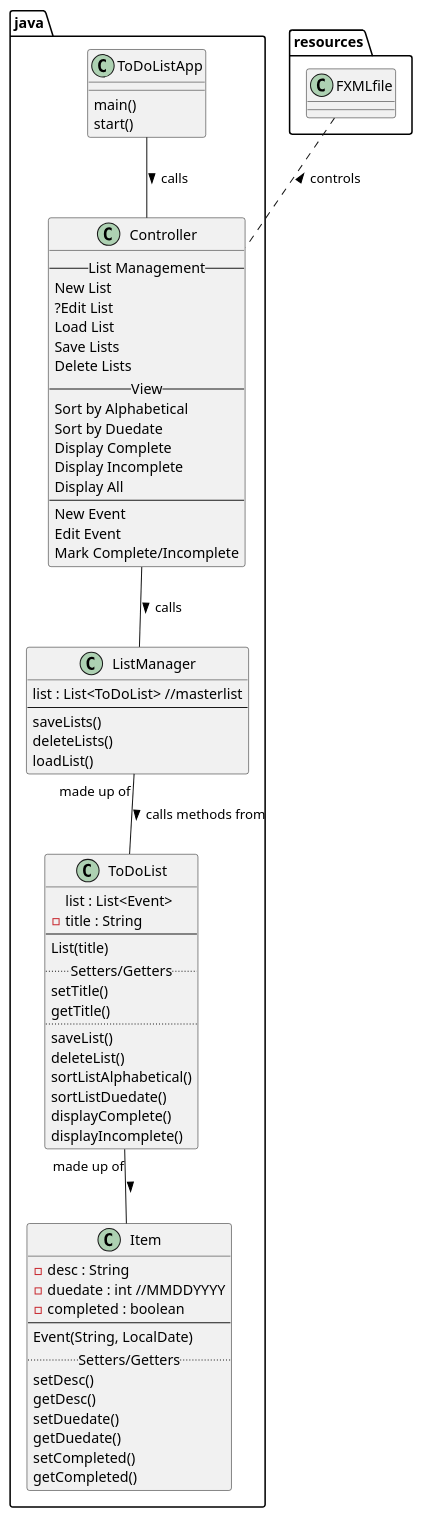
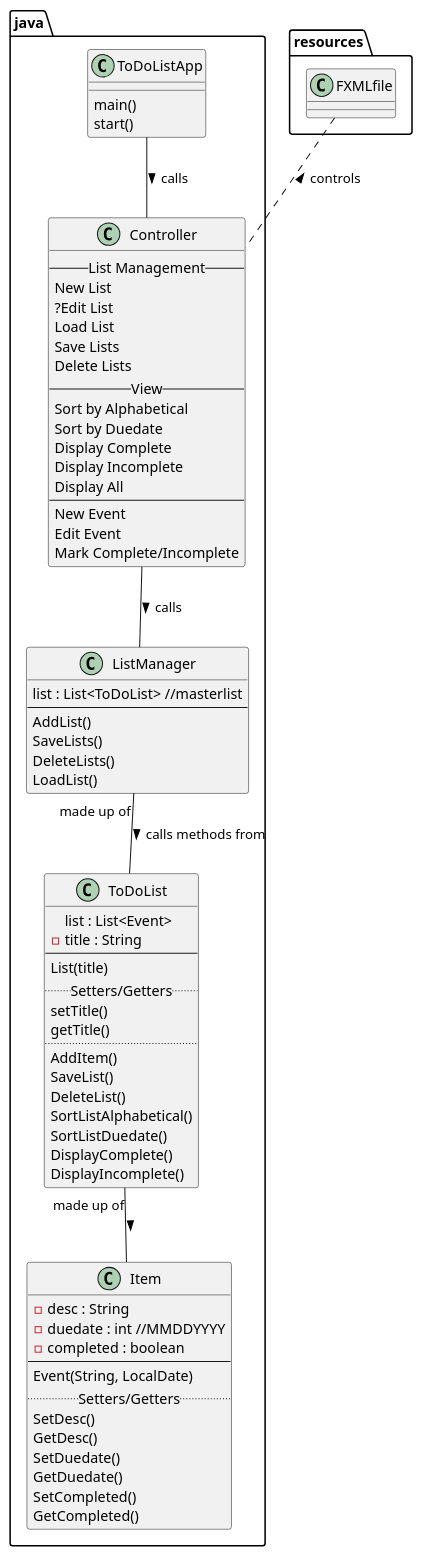
The diagram in uml/ListManager.puml (kiwibrie/juntunen-cop3330-assignment4part2), drawn with PlantUML before and after one commit. The commit also changed 4 other files, not shown here.

```diff
--- a/uml/ListManager.puml
+++ b/uml/ListManager.puml
@@ -1,76 +1,78 @@
 @startuml
 'https://plantuml.com/class-diagram
 
 class java.ListManager{
 list : List<ToDoList> //masterlist
 --
-saveLists()
-deleteLists()
-loadList()
+AddList()
+SaveLists()
+DeleteLists()
+LoadList()
 }
 
 class java.ToDoList {
 list : List<Event>
 -title : String
 --
 List(title)
 ..Setters/Getters..
 setTitle()
 getTitle()
 ..
-saveList()
-deleteList()
-sortListAlphabetical()
-sortListDuedate()
-displayComplete()
-displayIncomplete()
+AddItem()
+SaveList()
+DeleteList()
+SortListAlphabetical()
+SortListDuedate()
+DisplayComplete()
+DisplayIncomplete()
 }
 
 class java.Item {
 -desc : String
 -duedate : int //MMDDYYYY
 -completed : boolean
 --
 Event(String, LocalDate)
 ..Setters/Getters..
-setDesc()
-getDesc()
-setDuedate()
-getDuedate()
-setCompleted()
-getCompleted()
+SetDesc()
+GetDesc()
+SetDuedate()
+GetDuedate()
+SetCompleted()
+GetCompleted()
 }
 
 java.ToDoList "made up of" -- java.Item : >
 java.ListManager "made up of" -- java.ToDoList : > calls methods from
 
 java.ToDoListApp -- java.Controller : > calls
 resources.FXMLfile .. java.Controller : < controls
 java.Controller -- java.ListManager : > calls
 
 
 class java.Controller{
 --List Management--
 New List
 ?Edit List
 Load List
 Save Lists
 Delete Lists
 --View--
 Sort by Alphabetical
 Sort by Duedate
 Display Complete
 Display Incomplete
 Display All
 --
 New Event
 Edit Event
 Mark Complete/Incomplete
 }
 
 class java.ToDoListApp{
 main()
 start()
 }
 
 @enduml
```
